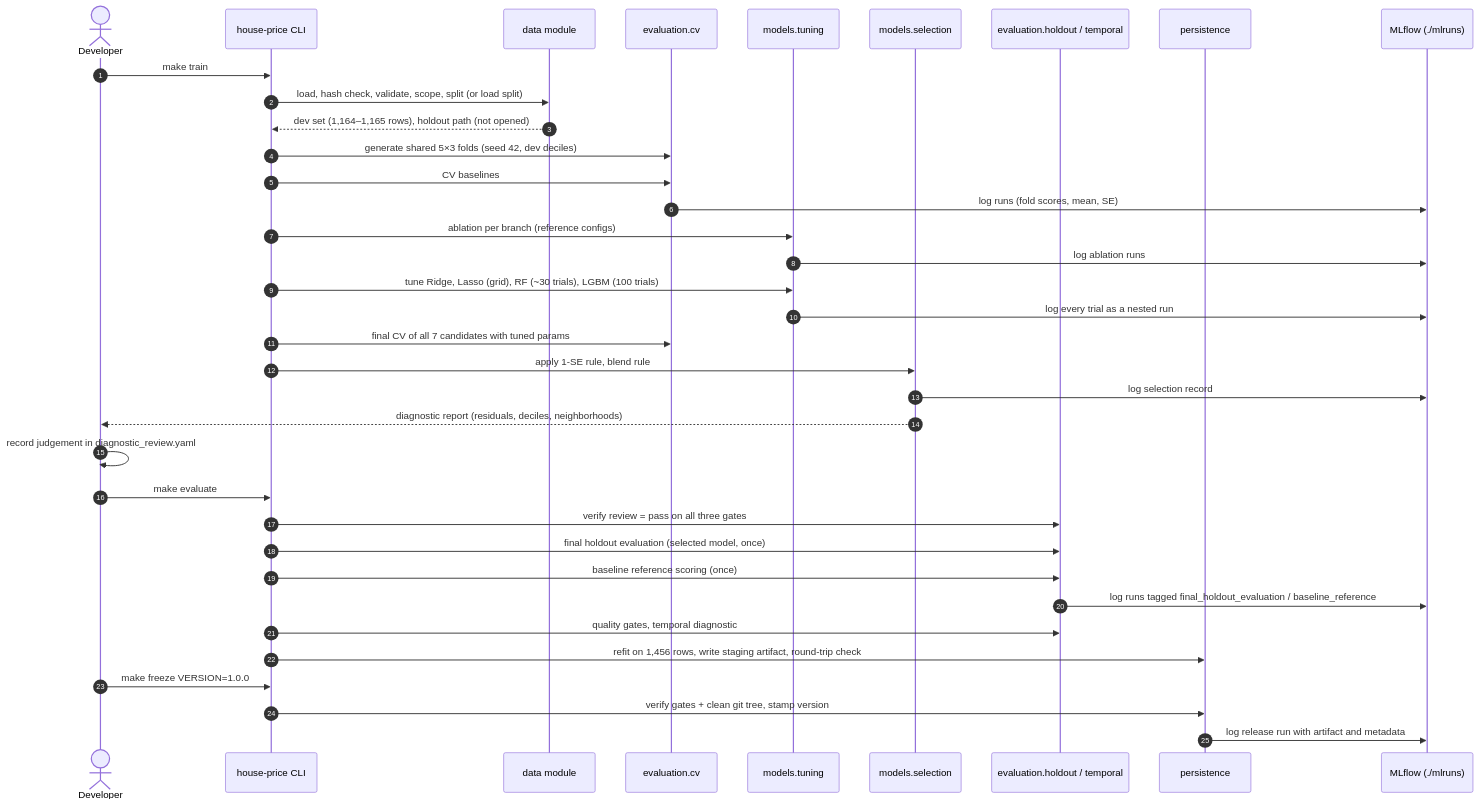
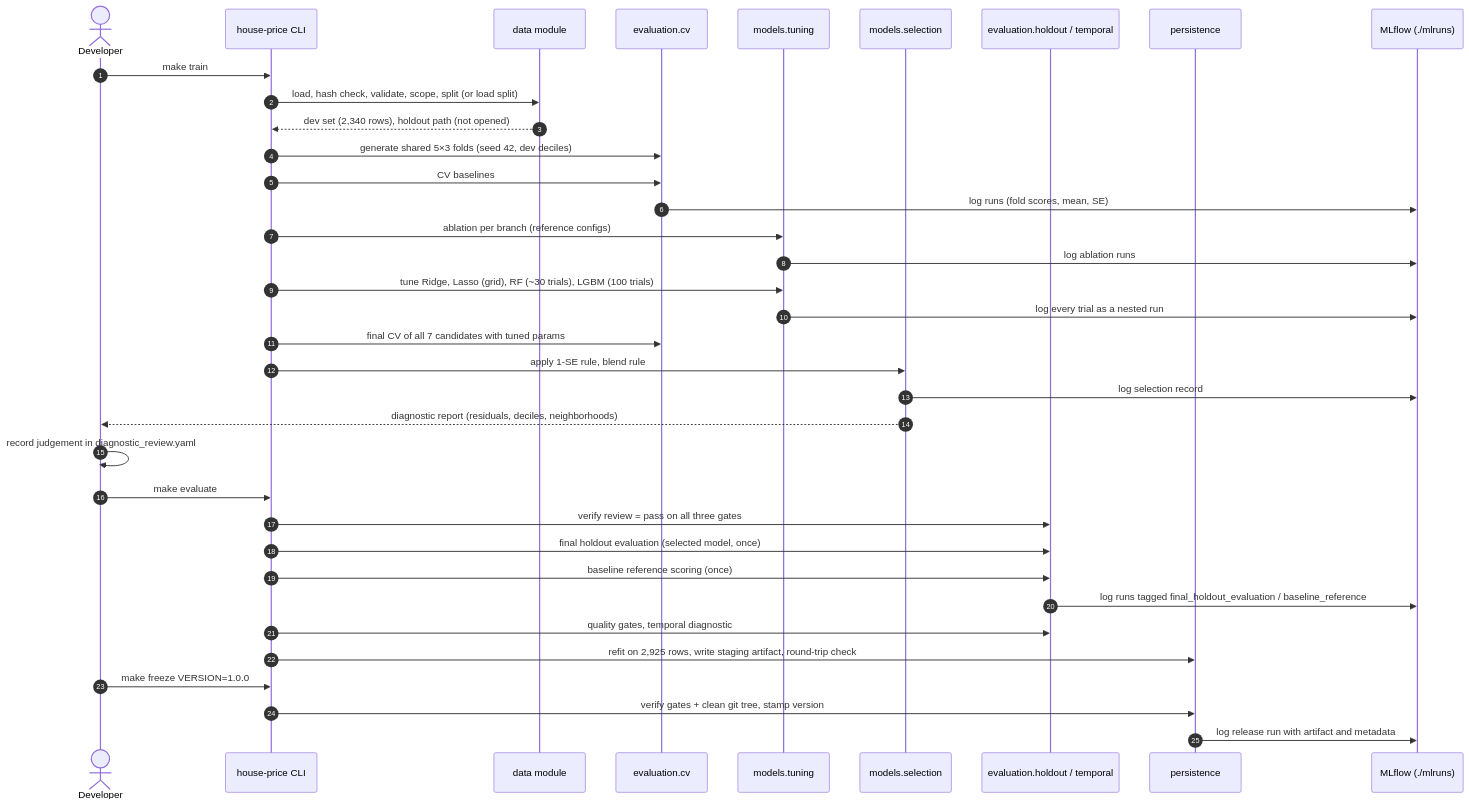
Before and after one commit to rniyati07/house-price-prediction: the diagram in docs/DOC-03_ML_System_Design.md, drawn with Mermaid. The commit also changed other lines of this file and 5 other files, not shown here.

````diff
--- a/docs/DOC-03_ML_System_Design.md
+++ b/docs/DOC-03_ML_System_Design.md
@@ -200,39 +200,39 @@
 ```mermaid
 sequenceDiagram
     autonumber
     actor Dev as Developer
     participant CLI as house-price CLI
     participant Data as data module
     participant CV as evaluation.cv
     participant Tune as models.tuning
     participant Sel as models.selection
     participant Eval as evaluation.holdout / temporal
     participant Art as persistence
     participant ML as MLflow (./mlruns)
 
     Dev->>CLI: make train
     CLI->>Data: load, hash check, validate, scope, split (or load split)
-    Data-->>CLI: dev set (1,164–1,165 rows), holdout path (not opened)
+    Data-->>CLI: dev set (2,340 rows), holdout path (not opened)
     CLI->>CV: generate shared 5×3 folds (seed 42, dev deciles)
     CLI->>CV: CV baselines
     CV->>ML: log runs (fold scores, mean, SE)
     CLI->>Tune: ablation per branch (reference configs)
     Tune->>ML: log ablation runs
     CLI->>Tune: tune Ridge, Lasso (grid), RF (~30 trials), LGBM (100 trials)
     Tune->>ML: log every trial as a nested run
     CLI->>CV: final CV of all 7 candidates with tuned params
     CLI->>Sel: apply 1-SE rule, blend rule
     Sel->>ML: log selection record
     Sel-->>Dev: diagnostic report (residuals, deciles, neighborhoods)
     Dev->>Dev: record judgement in diagnostic_review.yaml
     Dev->>CLI: make evaluate
     CLI->>Eval: verify review = pass on all three gates
     CLI->>Eval: final holdout evaluation (selected model, once)
     CLI->>Eval: baseline reference scoring (once)
     Eval->>ML: log runs tagged final_holdout_evaluation / baseline_reference
     CLI->>Eval: quality gates, temporal diagnostic
-    CLI->>Art: refit on 1,456 rows, write staging artifact, round-trip check
+    CLI->>Art: refit on 2,925 rows, write staging artifact, round-trip check
     Dev->>CLI: make freeze VERSION=1.0.0
     CLI->>Art: verify gates + clean git tree, stamp version
     Art->>ML: log release run with artifact and metadata
 ```
````
